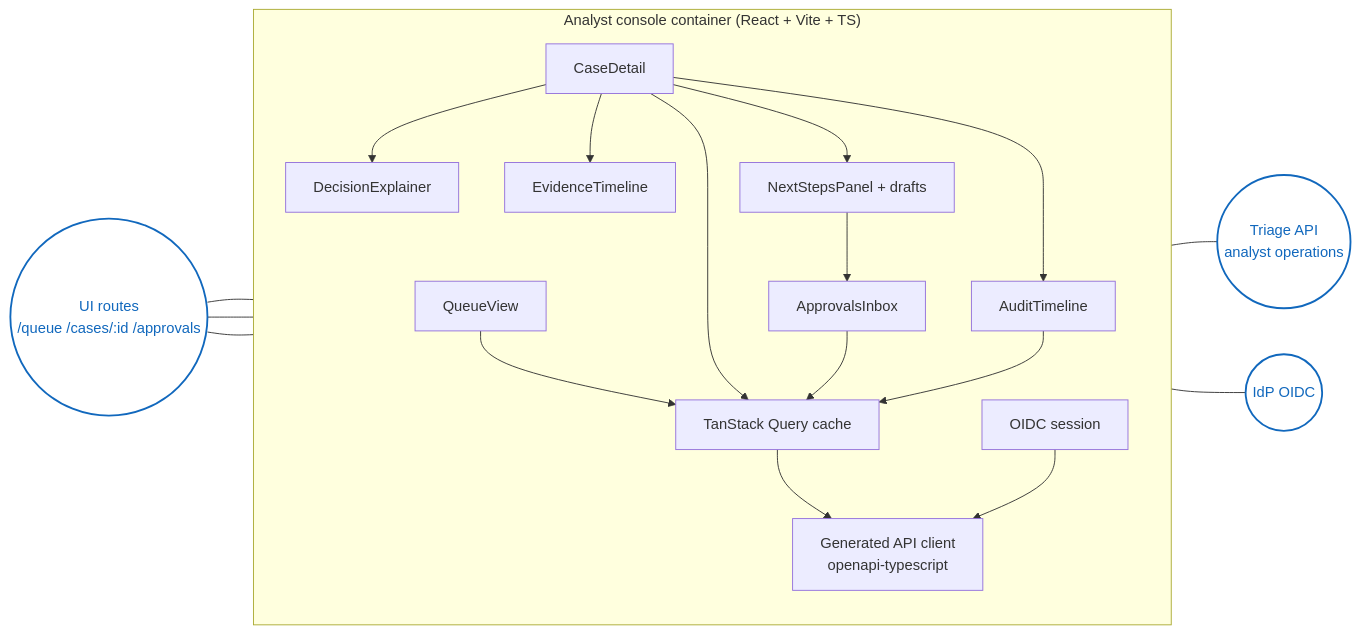
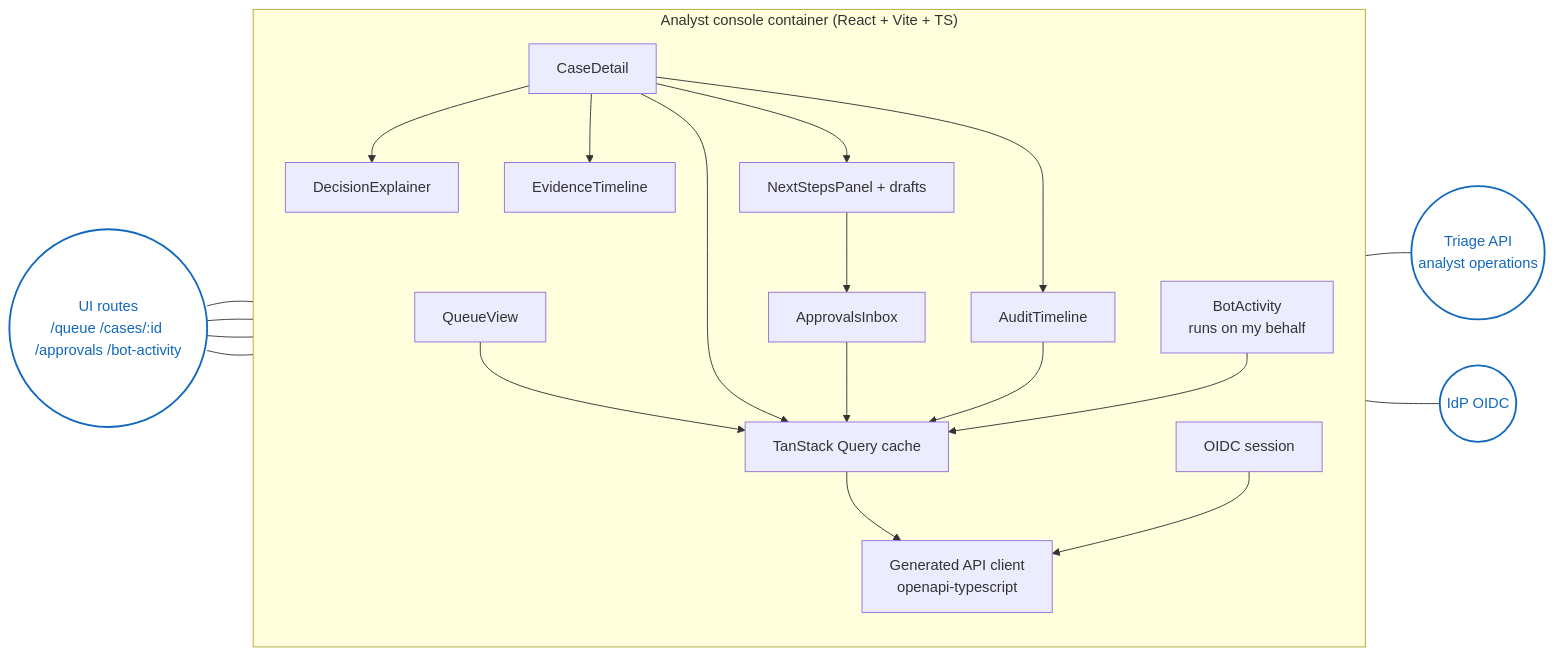
Before and after one commit to vihag/agentic-triage: the diagram in docs/architecture/05-components-console.md, drawn with Mermaid. The commit also changed other lines of this file and 22 other files, not shown here.

Commit message:
docs: mark contract gaps 1-2 closed (botGetCaseBundle, listBotRuns from #33); update J2, MCP adapter, console, contract map

````diff
--- a/docs/architecture/05-components-console.md
+++ b/docs/architecture/05-components-console.md
@@ -3,29 +3,31 @@
 ```mermaid
 %% name: arch-05-components-console
 flowchart LR
-  P1(("UI routes<br/>/queue /cases/:id /approvals"))
+  P1(("UI routes<br/>/queue /cases/:id /approvals /bot-activity"))
   subgraph C["Analyst console container (React + Vite + TS)"]
     direction TB
     AUTH["OIDC session"]
     QV["QueueView"]
     CD["CaseDetail"]
     DX["DecisionExplainer"]
     EV["EvidenceTimeline"]
     NS["NextStepsPanel + drafts"]
     AI["ApprovalsInbox"]
     AT["AuditTimeline"]
+    BA["BotActivity<br/>runs on my behalf"]
     Q["TanStack Query cache"]
     CL["Generated API client<br/>openapi-typescript"]
   end
   R1(("Triage API<br/>analyst operations"))
   R2(("IdP OIDC"))
   P1 --- QV & CD & AI
   CD --> DX & EV & NS & AT
   NS --> AI
-  QV & CD & AI & AT --> Q --> CL
+  P1 --- BA
+  QV & CD & AI & AT & BA --> Q --> CL
   CL --- R1
   AUTH --- R2
   AUTH --> CL
   classDef iface fill:#fff,stroke:#1168bd,stroke-width:2px,color:#1168bd
   class P1,R1,R2 iface
 ```
````
